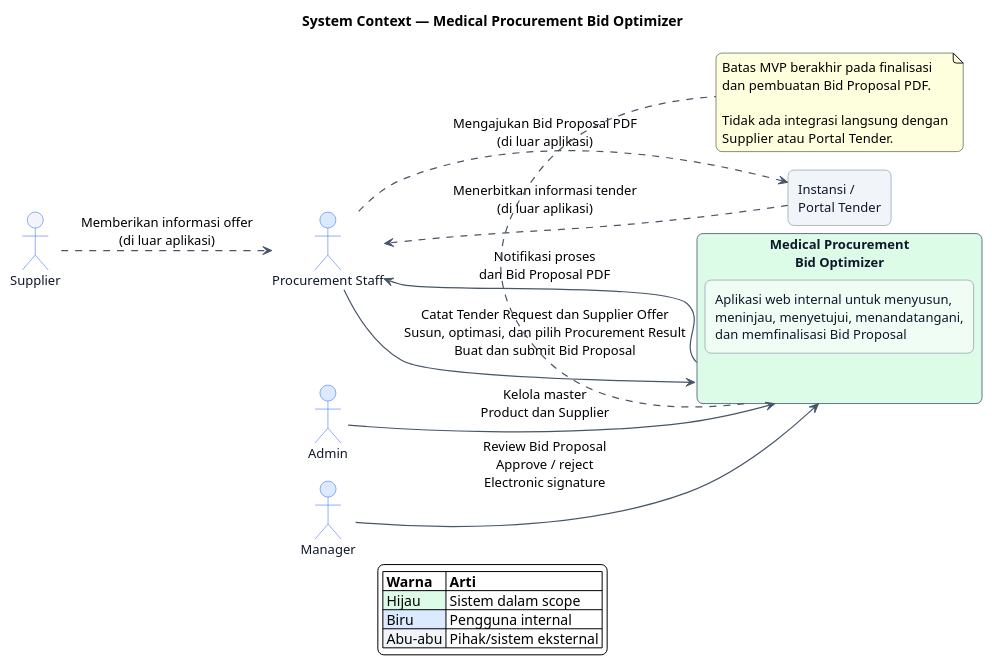
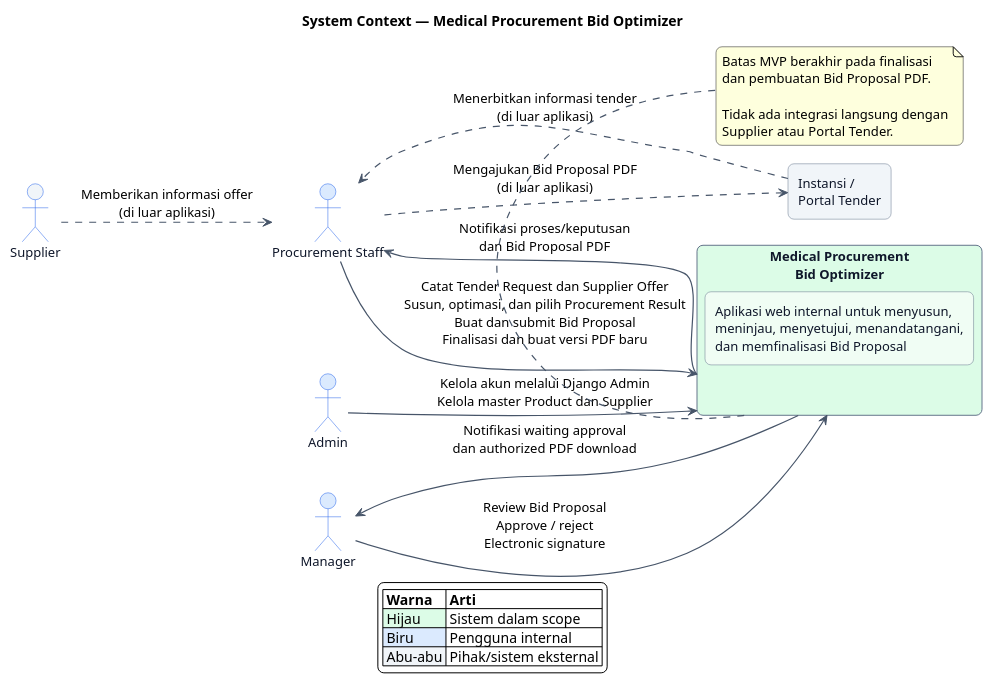
The diagram in docs/images/system-context.puml (siantika/procurement-demo), drawn with PlantUML before and after one commit. The commit also changed 19 other files, not shown here.

```diff
--- a/docs/images/system-context.puml
+++ b/docs/images/system-context.puml
@@ -1,60 +1,61 @@
 @startuml
 !pragma layout smetana
 title System Context — Medical Procurement Bid Optimizer
 
 left to right direction
 
 skinparam backgroundColor #FFFFFF
 skinparam shadowing false
 skinparam roundcorner 12
 skinparam defaultFontName Arial
 skinparam defaultFontSize 13
 skinparam ArrowColor #475569
 skinparam ArrowThickness 1.2
 skinparam actor {
   BackgroundColor #DBEAFE
   BorderColor #2563EB
   FontColor #0F172A
 }
 skinparam rectangle {
   BackgroundColor #F8FAFC
   BorderColor #64748B
   FontColor #0F172A
 }
 
 actor Admin
 actor "Procurement Staff" as Staff
 actor Manager
 
 rectangle "Medical Procurement\nBid Optimizer" as System #DCFCE7 {
   rectangle "Aplikasi web internal untuk menyusun,\nmeninjau, menyetujui, menandatangani,\ndan memfinalisasi Bid Proposal" as Description #F0FDF4
 }
 
 actor "Supplier" as Supplier #F1F5F9
 rectangle "Instansi /\nPortal Tender" as Institution #F1F5F9
 
-Admin --> System : Kelola master\nProduct dan Supplier
-Staff --> System : Catat Tender Request dan Supplier Offer\nSusun, optimasi, dan pilih Procurement Result\nBuat dan submit Bid Proposal
+Admin --> System : Kelola akun melalui Django Admin\nKelola master Product dan Supplier
+Staff --> System : Catat Tender Request dan Supplier Offer\nSusun, optimasi, dan pilih Procurement Result\nBuat dan submit Bid Proposal\nFinalisasi dan buat versi PDF baru
 Manager --> System : Review Bid Proposal\nApprove / reject\nElectronic signature
-System --> Staff : Notifikasi proses\ndan Bid Proposal PDF
+System --> Staff : Notifikasi proses/keputusan\ndan Bid Proposal PDF
+System --> Manager : Notifikasi waiting approval\ndan authorized PDF download
 
 Supplier ..> Staff : Memberikan informasi offer\n(di luar aplikasi)
 Institution ..> Staff : Menerbitkan informasi tender\n(di luar aplikasi)
 Staff ..> Institution : Mengajukan Bid Proposal PDF\n(di luar aplikasi)
 
 note bottom of System
   Batas MVP berakhir pada finalisasi
   dan pembuatan Bid Proposal PDF.
 
   Tidak ada integrasi langsung dengan
   Supplier atau Portal Tender.
 end note
 
 legend bottom
   |= Warna |= Arti |
   |<#DCFCE7> Hijau | Sistem dalam scope |
   |<#DBEAFE> Biru | Pengguna internal |
   |<#F1F5F9> Abu-abu | Pihak/sistem eksternal |
 endlegend
 
 @enduml
```
